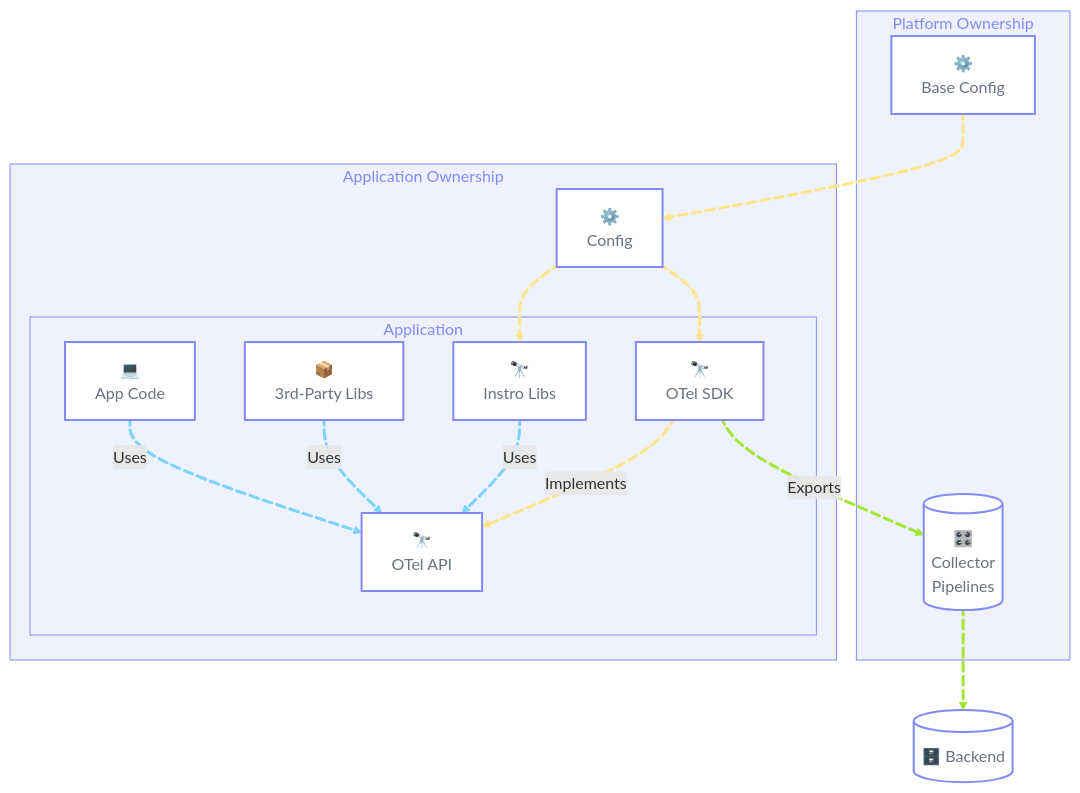
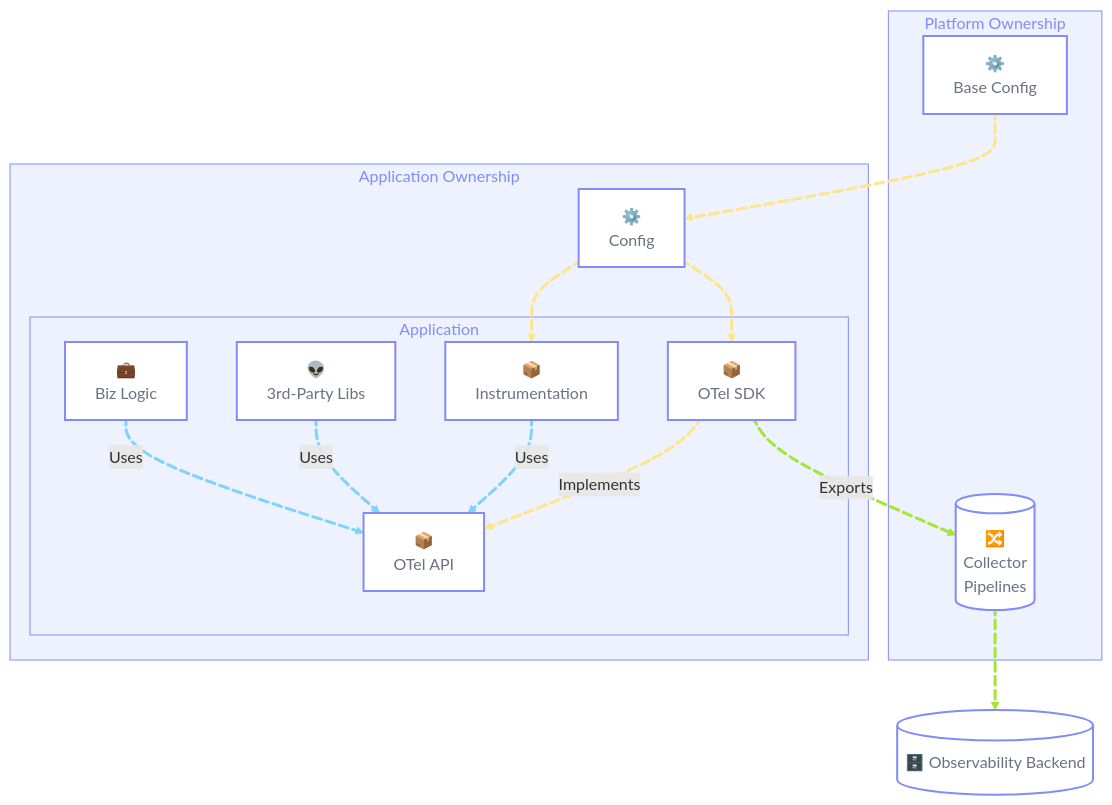
The second of 4 diagrams in content/en/docs/guidance/blueprints/centralized-platforms.md (open-telemetry/opentelemetry.io), drawn with Mermaid before and after one commit. The commit also changed other lines of this file, not shown here.

````diff
--- a/content/en/docs/guidance/blueprints/centralized-platforms.md
+++ b/content/en/docs/guidance/blueprints/centralized-platforms.md
@@ -328,56 +328,56 @@
 ```mermaid
 ---
 config:
   flowchart:
     curve: basis
 ---
 flowchart TD
     subgraph User["Application Ownership"]
         Application["Application"]:::node
         Config["⚙️<br>Config"]:::node
     end
 
     subgraph Platform["Platform Ownership"]
-        Collector[("🎛️️<br>Collector<br>Pipelines")]:::node
+        Collector[("🔀️<br>Collector<br>Pipelines")]:::node
         BaseConfig["⚙️<br>Base Config"]:::node
     end
 
     subgraph Application["Application"]
-        AppCode["💻<br>App Code"]:::node
-        ThirdParty["📦<br>3rd-Party Libs"]:::node
-        InstLibs["🔭<br>Instro Libs"]:::node
-        OTelSDK["🔭<br>OTel SDK"]:::node
-        OTelAPI["🔭<br>OTel API"]:::node
+        AppCode["💼<br>Biz Logic"]:::node
+        ThirdParty["👽<br>3rd-Party Libs"]:::node
+        InstLibs["📦<br>Instrumentation"]:::node
+        OTelSDK["📦<br>OTel SDK"]:::node
+        OTelAPI["📦<br>OTel API"]:::node
     end
 
-    Sink[("🗄️ Backend")]:::node
+    Sink[("🗄️ Observability Backend")]:::node
 
     AppCode L_AppCode_API@-- Uses --> OTelAPI
     ThirdParty L_ThirdParty_API@-- Uses --> OTelAPI
     InstLibs L_InstLibs_API@-- Uses --> OTelAPI
     OTelSDK L_SDK_API@-. Implements .-> OTelAPI
 
     Config L_Config_InstLibs@-.-> InstLibs
     Config L_Config_SDK@-.-> OTelSDK
     OTelSDK L_SDK_Collector@-- Exports --> Collector
     Collector L_Collector_Sink@--> Sink
     BaseConfig L_BaseConfig_Config@-.-> Config
 
     classDef node fill:#ffffff, stroke:#818cf8, stroke-width:2px, color:#6b7280
     style User fill:#eef2ff, stroke:#818cf8, stroke-width:1px, color:#818cf8
     style Platform fill:#eef2ff, stroke:#818cf8, stroke-width:1px, color:#818cf8
     style Application fill:#eef2ff, stroke:#818cf8, stroke-width:1px, color:#818cf8
     linkStyle 0,1,2 stroke:#7dd3fc, fill:none, stroke-width:3px
     linkStyle 3,4,5,8 stroke:#fde68a, fill:none, stroke-width:3px
     linkStyle 6,7 stroke:#a3e635, fill:none, stroke-width:3px
 
     L_AppCode_API@{ animation: fast }
     L_ThirdParty_API@{ animation: fast }
     L_InstLibs_API@{ animation: fast }
     L_SDK_API@{ animation: slow }
     L_Config_InstLibs@{ animation: slow }
     L_Config_SDK@{ animation: slow }
     L_SDK_Collector@{ animation: fast }
     L_Collector_Sink@{ animation: fast }
     L_BaseConfig_Config@{ animation: slow }
 ```
````
